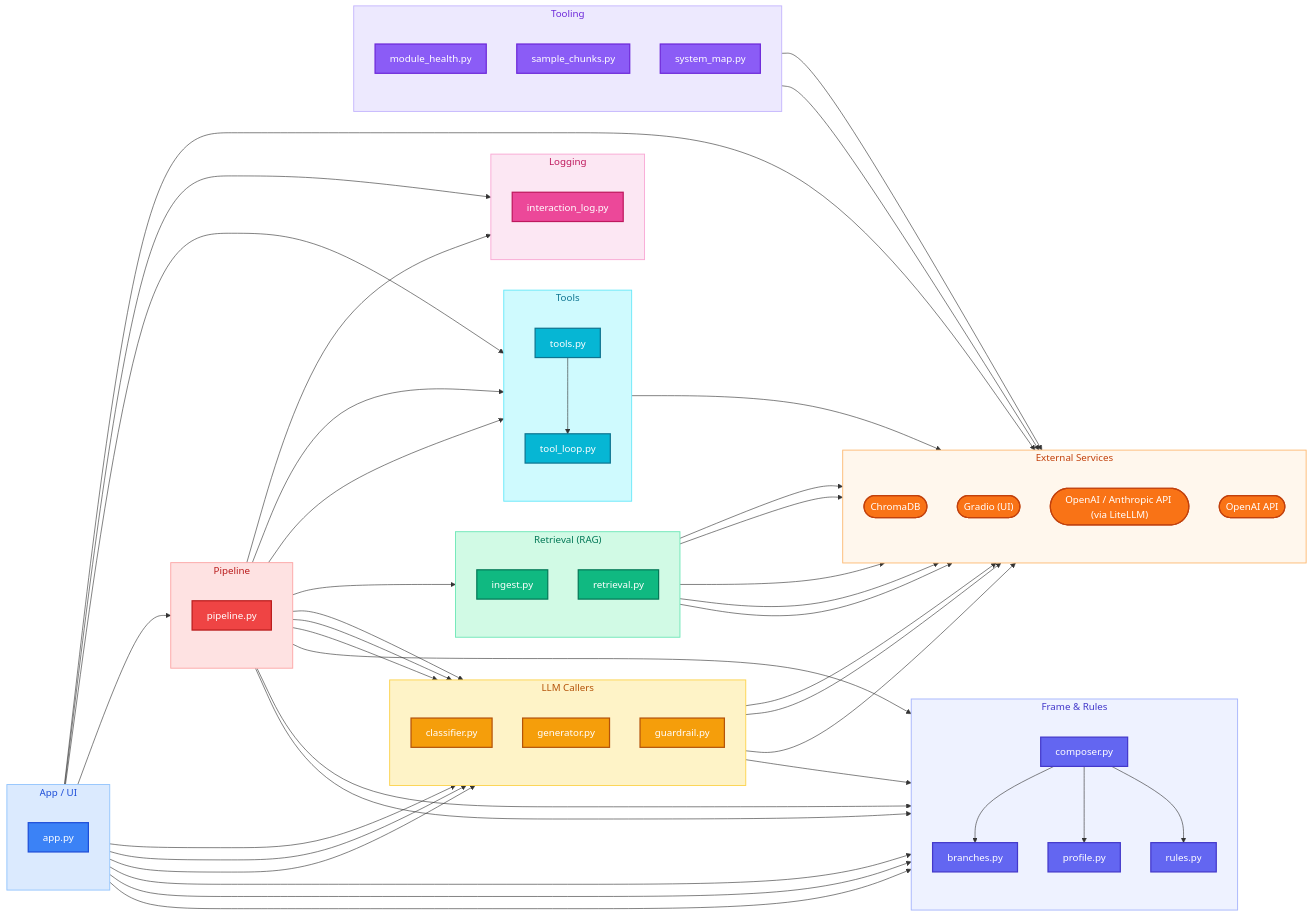
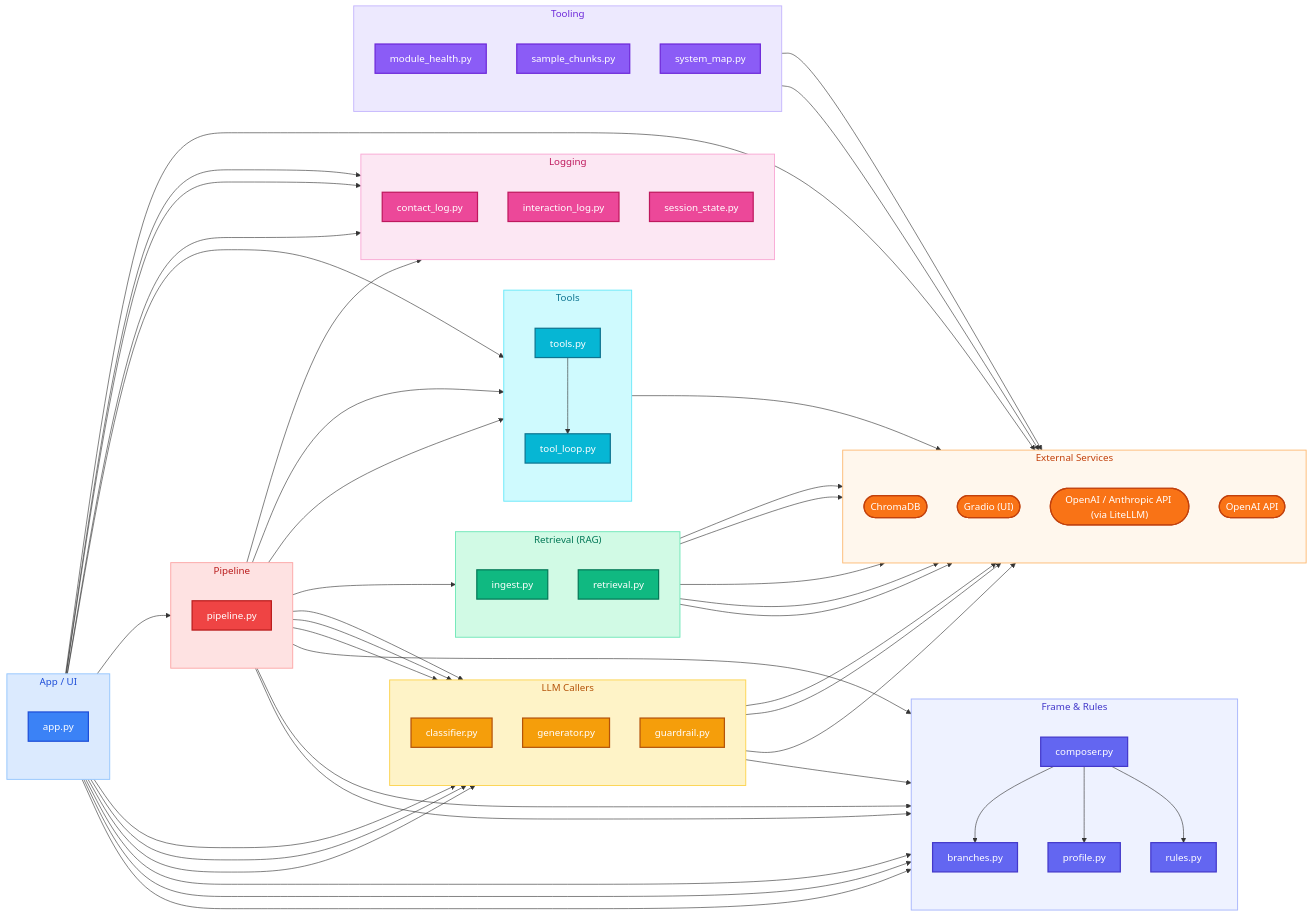
The second of 2 diagrams in docs/MAP.md (AlejandroFuentePinero/digital-twin), drawn with Mermaid before and after one commit. The commit also changed other lines of this file and 10 other files, not shown here.

First line of the commit message:
#16 closed — Session 25: contact form + per-session SessionState; Phase 2 complete

```diff
--- a/docs/MAP.md
+++ b/docs/MAP.md
@@ -109,7 +109,9 @@
 
   subgraph sg_logging["Logging"]
     direction TB
+    contact_log["contact_log.py"]:::logging
     interaction_log["interaction_log.py"]:::logging
+    session_state["session_state.py"]:::logging
   end
 
   subgraph sg_appui["App / UI"]
@@ -135,11 +137,13 @@
   app --> branches
   app --> classifier
   app --> composer
+  app --> contact_log
   app --> generator
   app --> guardrail
   app --> interaction_log
   app --> pipeline
   app --> profile
+  app --> session_state
   app --> tools
   composer --> branches
   composer --> profile
```
